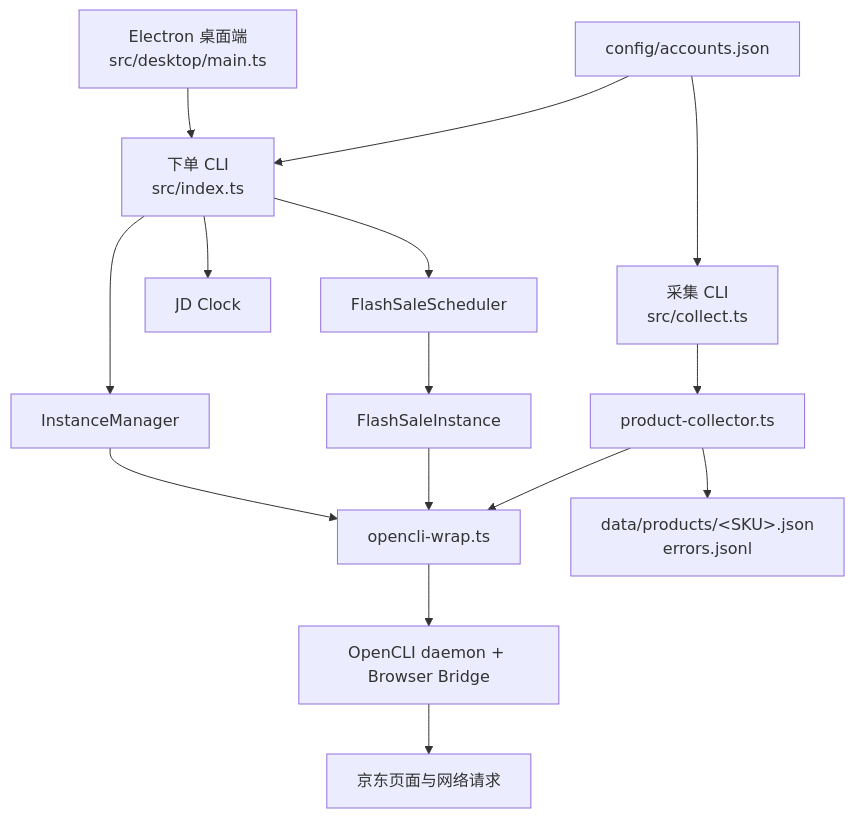
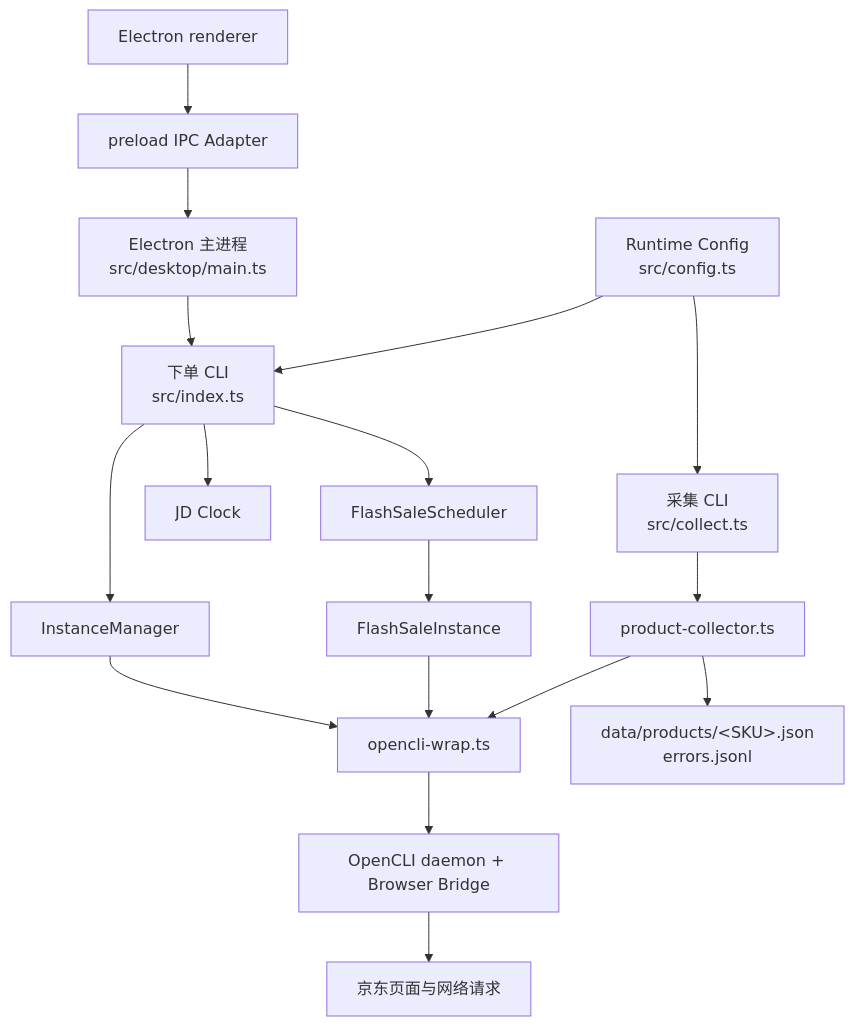
Before and after one commit to kilbertert/JDauto: the diagram in DESIGN.md, drawn with Mermaid. The commit also changed other lines of this file and 30 other files, not shown here.

````diff
--- a/DESIGN.md
+++ b/DESIGN.md
@@ -30,20 +34,22 @@
 ```mermaid
 flowchart TD
-    Config["config/accounts.json"] --> OrderCLI["下单 CLI<br/>src/index.ts"]
+    Config["Runtime Config<br/>src/config.ts"] --> OrderCLI["下单 CLI<br/>src/index.ts"]
     Config --> CollectCLI["采集 CLI<br/>src/collect.ts"]
-    Desktop["Electron 桌面端<br/>src/desktop/main.ts"] --> OrderCLI
+    Renderer["Electron renderer"] --> Preload["preload IPC Adapter"]
+    Preload --> Desktop["Electron 主进程<br/>src/desktop/main.ts"]
+    Desktop --> OrderCLI
 
     OrderCLI --> Manager["InstanceManager"]
     OrderCLI --> Clock["JD Clock"]
     OrderCLI --> Scheduler["FlashSaleScheduler"]
     Scheduler --> Order["FlashSaleInstance"]
 
     CollectCLI --> Collector["product-collector.ts"]
     Collector --> Wrapper["opencli-wrap.ts"]
     Order --> Wrapper
     Manager --> Wrapper
 
     Wrapper --> Bridge["OpenCLI daemon + Browser Bridge"]
     Bridge --> JD["京东页面与网络请求"]
     Collector --> Files["data/products/&lt;SKU&gt;.json<br/>errors.jsonl"]
 ```
````
